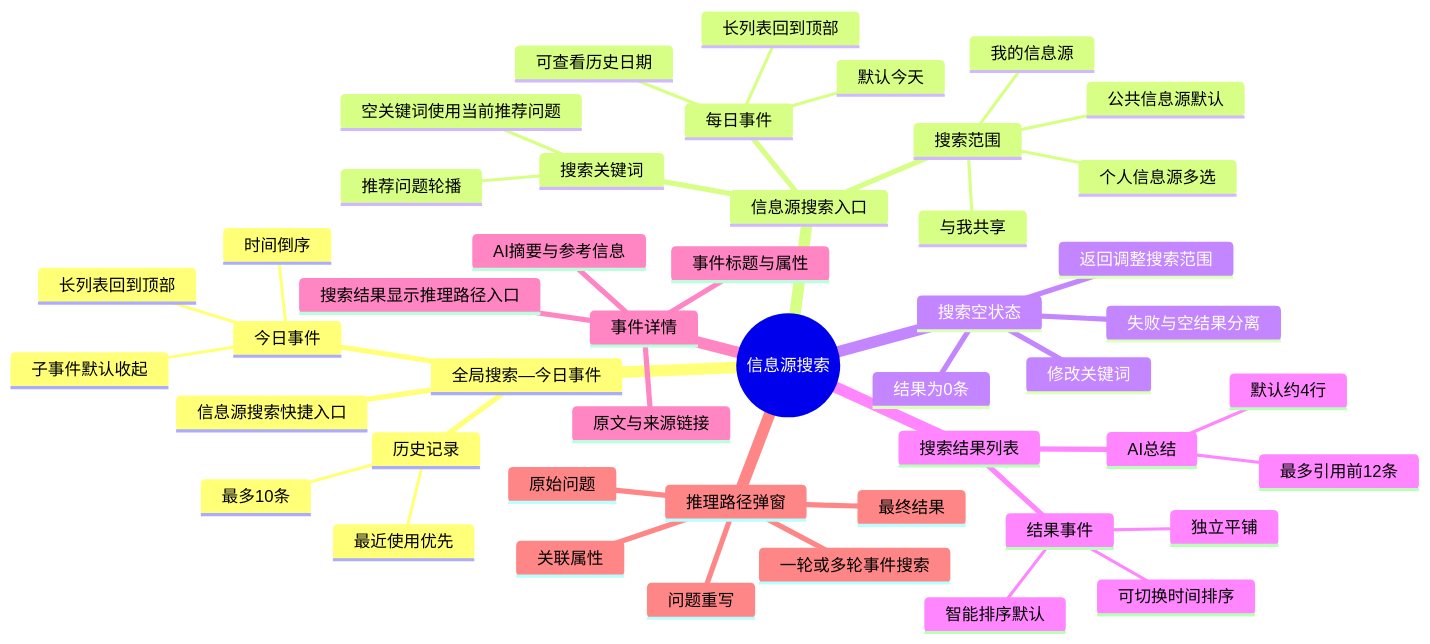
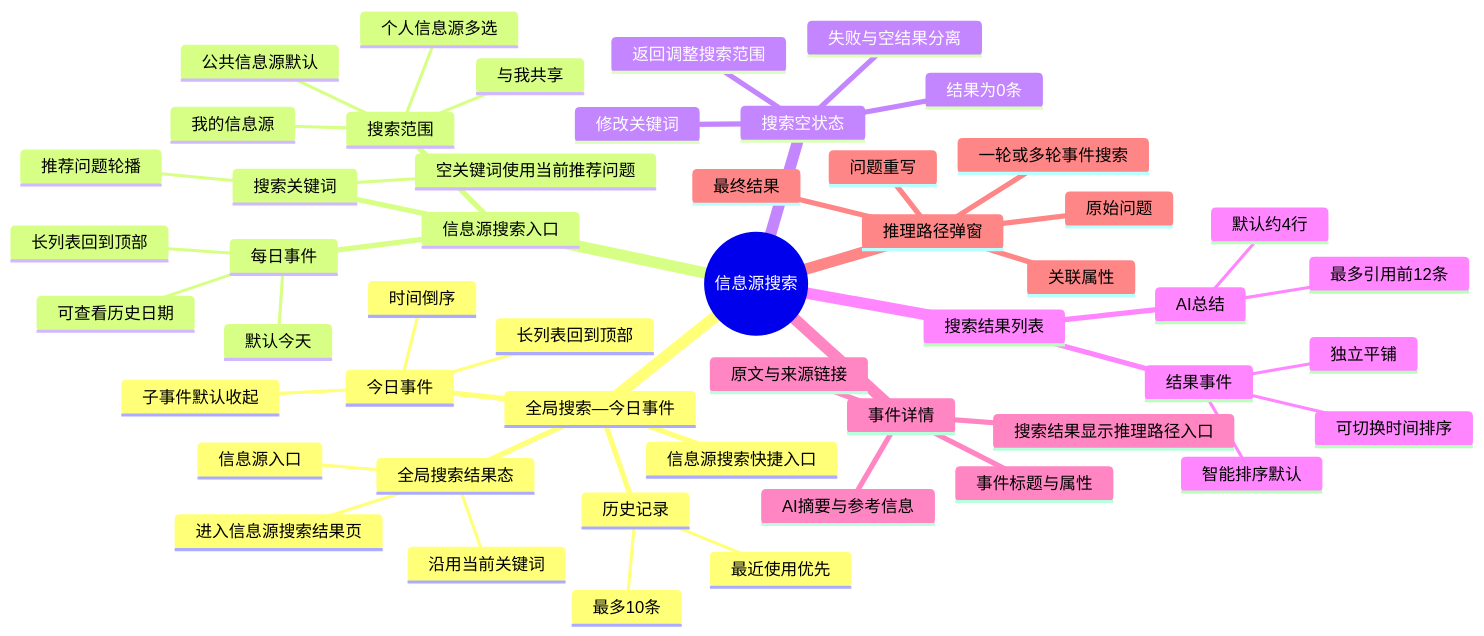
One commit to simiy70/zleap-app changed the first of 2 diagrams in 信息源搜索-需求文档.md. Above: the diagram before and after it, drawn with Mermaid. The commit also changed other lines of this file, not shown here.

````diff
--- a/信息源搜索-需求文档.md
+++ b/信息源搜索-需求文档.md
@@ -17,50 +17,54 @@
 ```mermaid
 mindmap
   root((信息源搜索))
     全局搜索—今日事件
       历史记录
         最多10条
         最近使用优先
       今日事件
         时间倒序
         子事件默认收起
         长列表回到顶部
       信息源搜索快捷入口
+      全局搜索结果态
+        信息源入口
+        沿用当前关键词
+        进入信息源搜索结果页
     信息源搜索入口
       搜索关键词
         推荐问题轮播
         空关键词使用当前推荐问题
       搜索范围
         公共信息源默认
         个人信息源多选
         我的信息源
         与我共享
       每日事件
         默认今天
         可查看历史日期
         长列表回到顶部
     搜索空状态
       结果为0条
       修改关键词
       返回调整搜索范围
       失败与空结果分离
     搜索结果列表
       AI总结
         默认约4行
         最多引用前12条
       结果事件
         独立平铺
         智能排序默认
         可切换时间排序
     事件详情
       事件标题与属性
       AI摘要与参考信息
       原文与来源链接
       搜索结果显示推理路径入口
     推理路径弹窗
       原始问题
       问题重写
       一轮或多轮事件搜索
       关联属性
       最终结果
 ```
````
